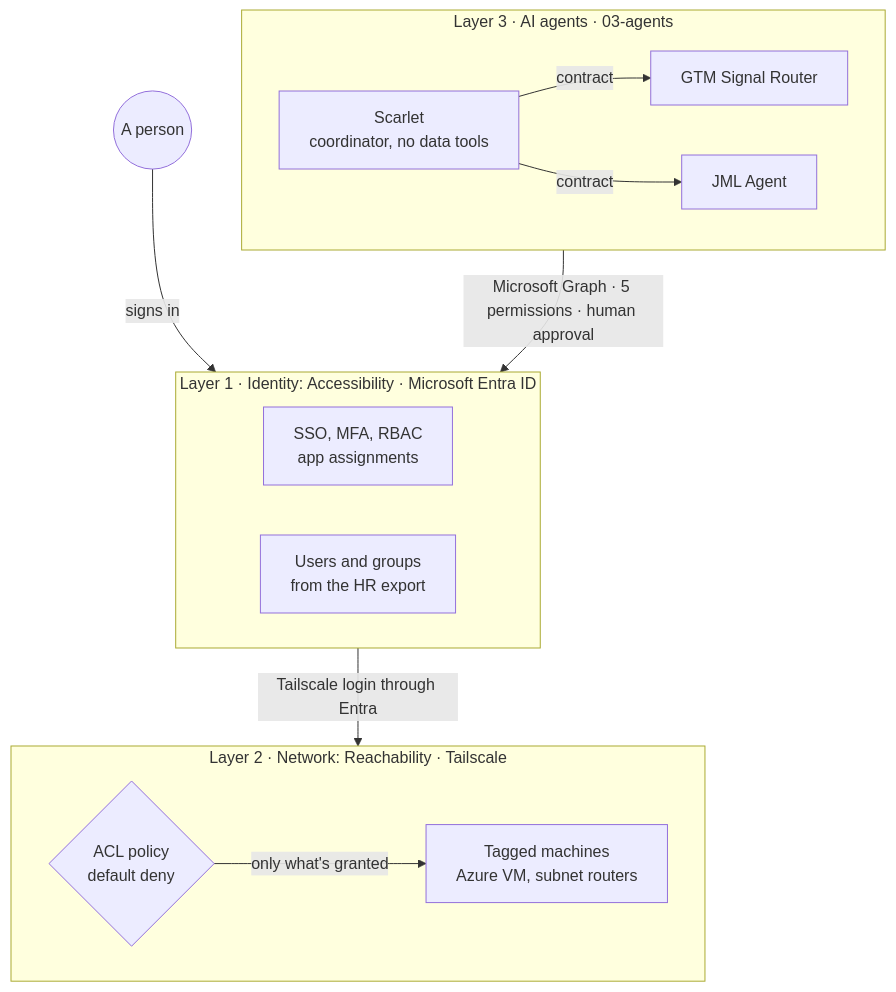
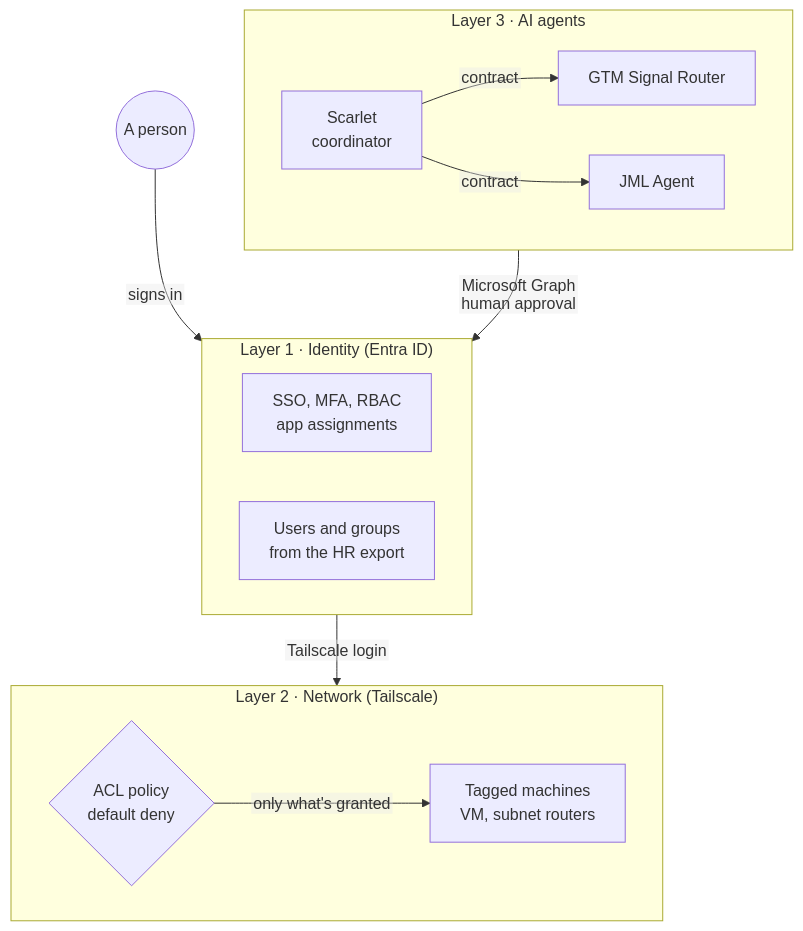
Before and after one commit to willshchang/WSHC-ZTAI-Lab: the diagram in README.md, drawn with Mermaid. The commit also changed 3 other files, not shown here.

First line of the commit message:
docs: fix clipped diagram labels on GitHub

````diff
--- a/README.md
+++ b/README.md
@@ -70,30 +70,31 @@
 ```mermaid
+%%{init: {"flowchart": {"htmlLabels": false}}}%%
 flowchart TB
     person(("A person"))
 
-    subgraph L1["Layer 1 · Identity: Accessibility · Microsoft Entra ID"]
+    subgraph L1["Layer 1 · Identity (Entra ID)"]
         direction LR
         sso["SSO, MFA, RBAC<br/>app assignments"]
         users["Users and groups<br/>from the HR export"]
     end
 
-    subgraph L2["Layer 2 · Network: Reachability · Tailscale"]
+    subgraph L2["Layer 2 · Network (Tailscale)"]
         direction LR
         acl{"ACL policy<br/>default deny"}
-        devices["Tagged machines<br/>Azure VM, subnet routers"]
+        devices["Tagged machines<br/>VM, subnet routers"]
     end
 
-    subgraph L3["Layer 3 · AI agents · 03-agents"]
+    subgraph L3["Layer 3 · AI agents"]
         direction LR
-        scarlet["Scarlet<br/>coordinator, no data tools"]
+        scarlet["Scarlet<br/>coordinator"]
         gtm["GTM Signal Router"]
         jml["JML Agent"]
     end
 
     person -->|"signs in"| sso
-    sso -->|"Tailscale login through Entra"| acl
+    sso -->|"Tailscale login"| acl
     acl -->|"only what's granted"| devices
     scarlet -->|"contract"| gtm
     scarlet -->|"contract"| jml
-    jml -->|"Microsoft Graph · 5 permissions · human approval"| users
+    jml -->|"Microsoft Graph<br/>human approval"| users
 ```
````
